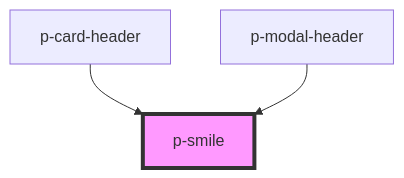
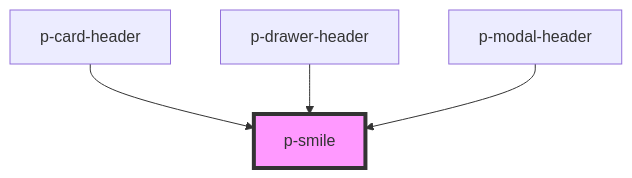
Before and after one commit to Employes/Paperless: the diagram in packages/core/src/components/atoms/smile/readme.md, drawn with Mermaid. The commit also changed other lines of this file and 40 other files, not shown here.

````diff
--- a/packages/core/src/components/atoms/smile/readme.md
+++ b/packages/core/src/components/atoms/smile/readme.md
@@ -23,6 +24,7 @@
 ```mermaid
 graph TD;
   p-card-header --> p-smile
+  p-drawer-header --> p-smile
   p-modal-header --> p-smile
   style p-smile fill:#f9f,stroke:#333,stroke-width:4px
 ```
````
